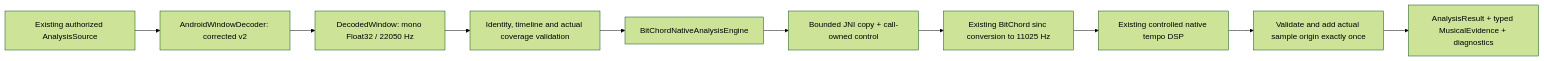
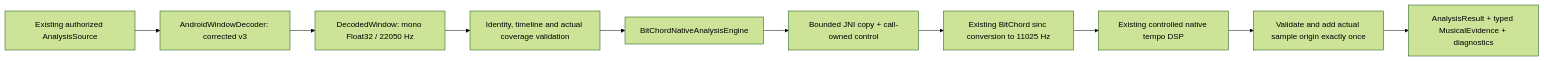
One commit to yren411/vivi-music-personal changed the diagram in docs/AUTOMIX_BITCHORD_ANDROID_INTEGRATION.md. Above: the diagram before and after it, drawn with Mermaid (forest theme). The commit also changed other lines of this file and 1 other file, not shown here.

Commit message:
Record owner-verified Android codec repair result

````diff
--- a/docs/AUTOMIX_BITCHORD_ANDROID_INTEGRATION.md
+++ b/docs/AUTOMIX_BITCHORD_ANDROID_INTEGRATION.md
@@ -27,12 +30,12 @@
 ```mermaid
 flowchart LR
-  S[Existing authorized AnalysisSource] --> D[AndroidWindowDecoder: corrected v2]
+  S[Existing authorized AnalysisSource] --> D[AndroidWindowDecoder: corrected v3]
   D --> W[DecodedWindow: mono Float32 / 22050 Hz]
   W --> V[Identity, timeline and actual coverage validation]
   V --> E[BitChordNativeAnalysisEngine]
   E --> J[Bounded JNI copy + call-owned control]
   J --> R[Existing BitChord sinc conversion to 11025 Hz]
   R --> N[Existing controlled native tempo DSP]
   N --> M[Validate and add actual sample origin exactly once]
   M --> A[AnalysisResult + typed MusicalEvidence + diagnostics]
 ```
````
